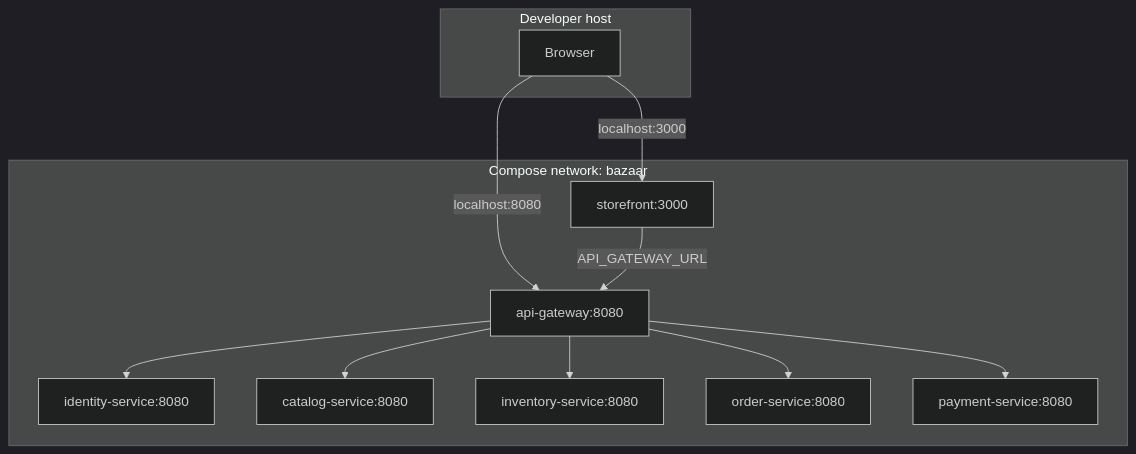
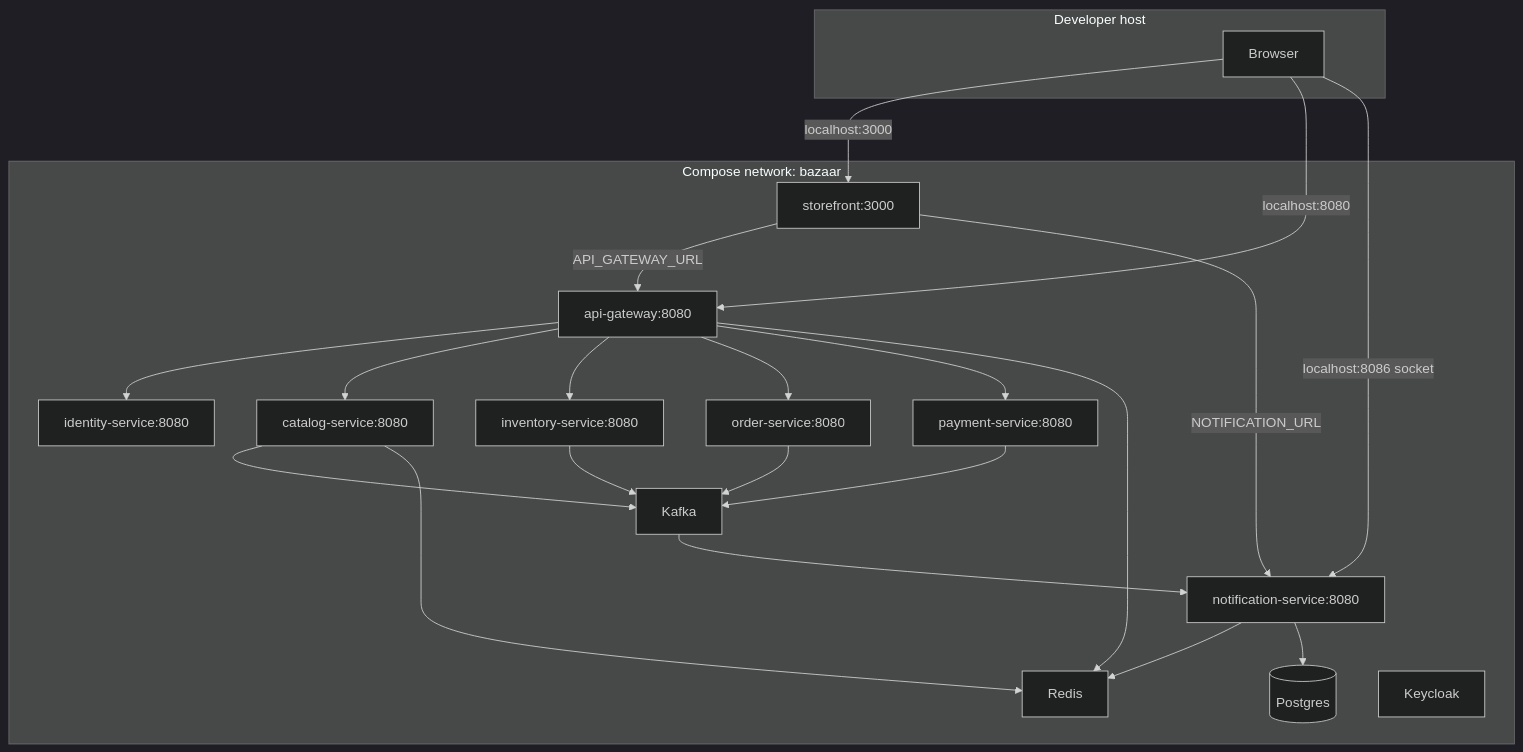
The first of 3 diagrams in docs/architecture/deployment-architecture.md (lecongnhat247/bazaar), drawn with Mermaid (dark theme) before and after one commit. The commit also changed other lines of this file and 3 other files, not shown here.

Commit message:
Record the verified Phase 3 stack in the architecture diagrams, including the notification socket, Kafka, Redis, and the dead-letter path.

````diff
--- a/docs/architecture/deployment-architecture.md
+++ b/docs/architecture/deployment-architecture.md
@@ -34,25 +35,41 @@
 ```mermaid
 flowchart TB
   subgraph host [Developer host]
     browser[Browser]
   end
 
   subgraph net [Compose network: bazaar]
     storefront[storefront:3000]
     gateway[api-gateway:8080]
     identity[identity-service:8080]
     catalog[catalog-service:8080]
     inventory[inventory-service:8080]
     orders[order-service:8080]
     payments[payment-service:8080]
+    notify[notification-service:8080]
+    postgres[(Postgres)]
+    kafka[Kafka]
+    redis[Redis]
+    keycloak[Keycloak]
   end
 
   browser -->|localhost:3000| storefront
   browser -->|localhost:8080| gateway
+  browser -->|localhost:8086 socket| notify
   storefront -->|API_GATEWAY_URL| gateway
+  storefront -->|NOTIFICATION_URL| notify
   gateway --> identity
   gateway --> catalog
   gateway --> inventory
   gateway --> orders
   gateway --> payments
+  orders --> kafka
+  inventory --> kafka
+  payments --> kafka
+  catalog --> kafka
+  kafka --> notify
+  catalog --> redis
+  gateway --> redis
+  notify --> redis
+  notify --> postgres
 ```
````
